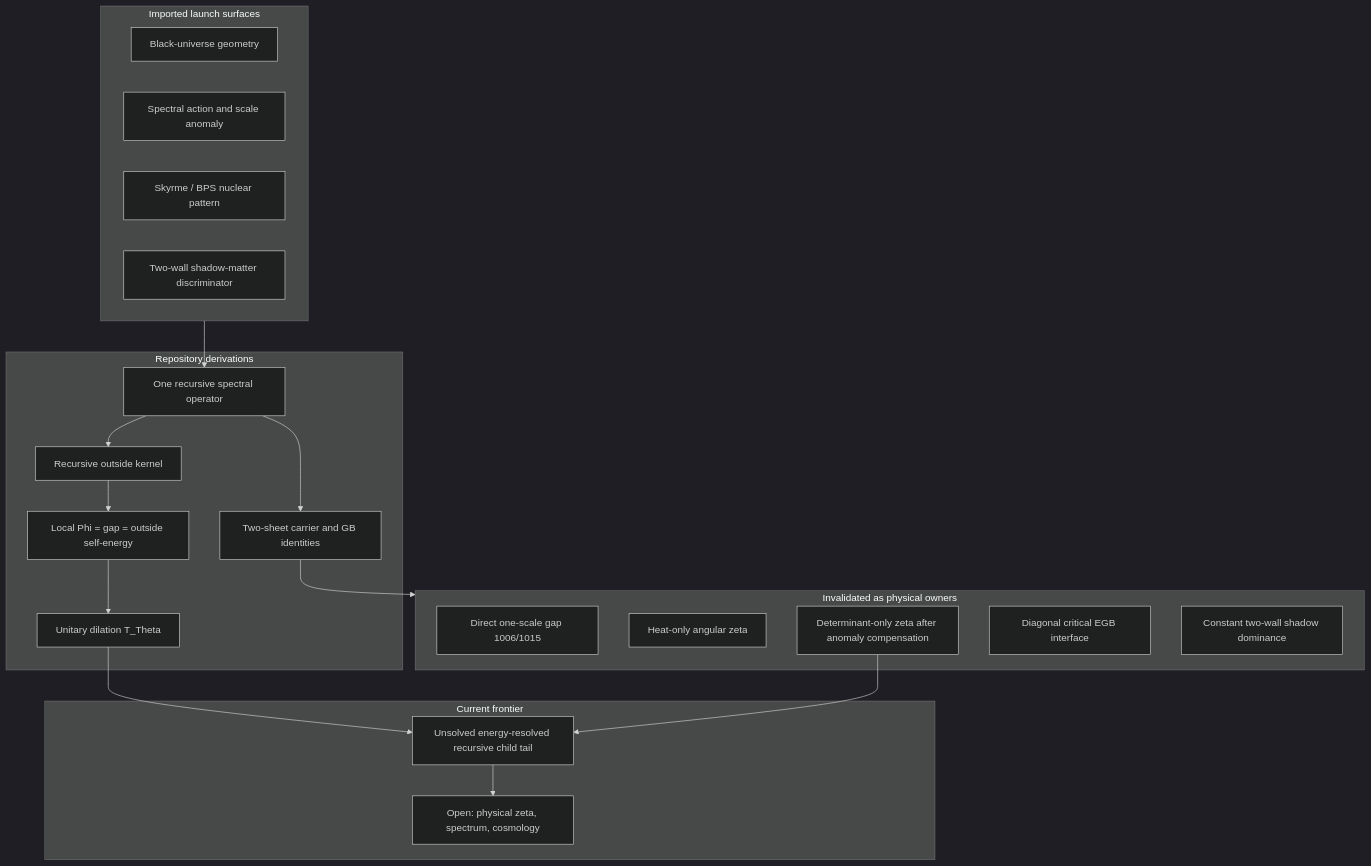
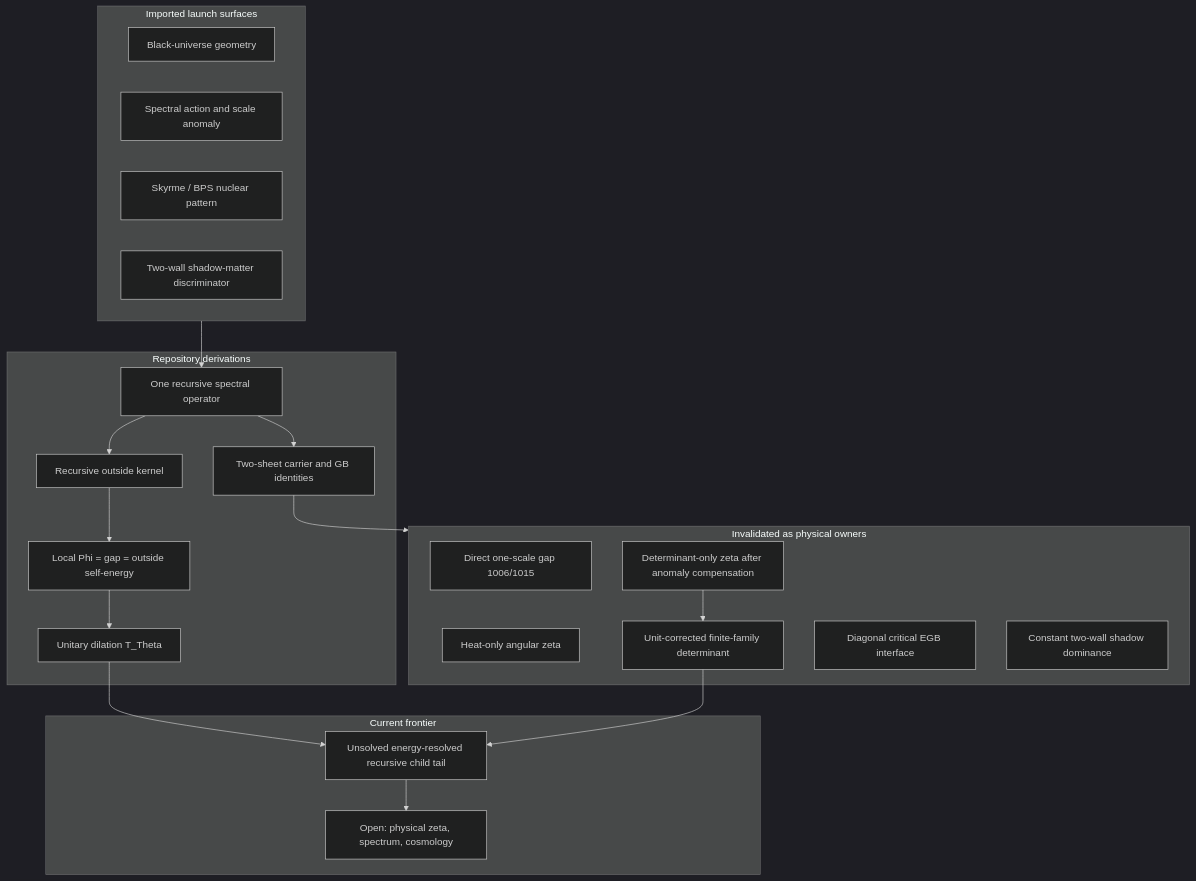
The diagram in README.md (kodareken/nested-space-cosmology), drawn with Mermaid (dark theme) before and after one commit. The commit also changed other lines of this file and 19 other files, not shown here.

````diff
--- a/README.md
+++ b/README.md
@@ -120,40 +122,42 @@
 ```mermaid
 flowchart TB
   subgraph imported["Imported launch surfaces"]
     BU["Black-universe geometry"]
     SA["Spectral action and scale anomaly"]
     SK["Skyrme / BPS nuclear pattern"]
     SH["Two-wall shadow-matter discriminator"]
   end
 
   subgraph derived["Repository derivations"]
     OP["One recursive spectral operator"]
     TS["Two-sheet carrier and GB identities"]
     RK["Recursive outside kernel"]
     ID["Local Phi = gap = outside self-energy"]
     DL["Unitary dilation T_Theta"]
   end
 
   subgraph invalidated["Invalidated as physical owners"]
     Z1["Direct one-scale gap 1006/1015"]
     HT["Heat-only angular zeta"]
     DT["Determinant-only zeta after anomaly compensation"]
+    UC["Unit-corrected finite-family determinant"]
     EG["Diagonal critical EGB interface"]
     SW["Constant two-wall shadow dominance"]
   end
 
   subgraph frontier["Current frontier"]
     TL["Unsolved energy-resolved recursive child tail"]
     OZ["Open: physical zeta, spectrum, cosmology"]
   end
 
   imported --> OP
   OP --> TS
   OP --> RK
   RK --> ID
   ID --> DL
   TS --> invalidated
   DL --> TL
-  DT --> TL
+  DT --> UC
+  UC --> TL
   TL --> OZ
 ```
````
